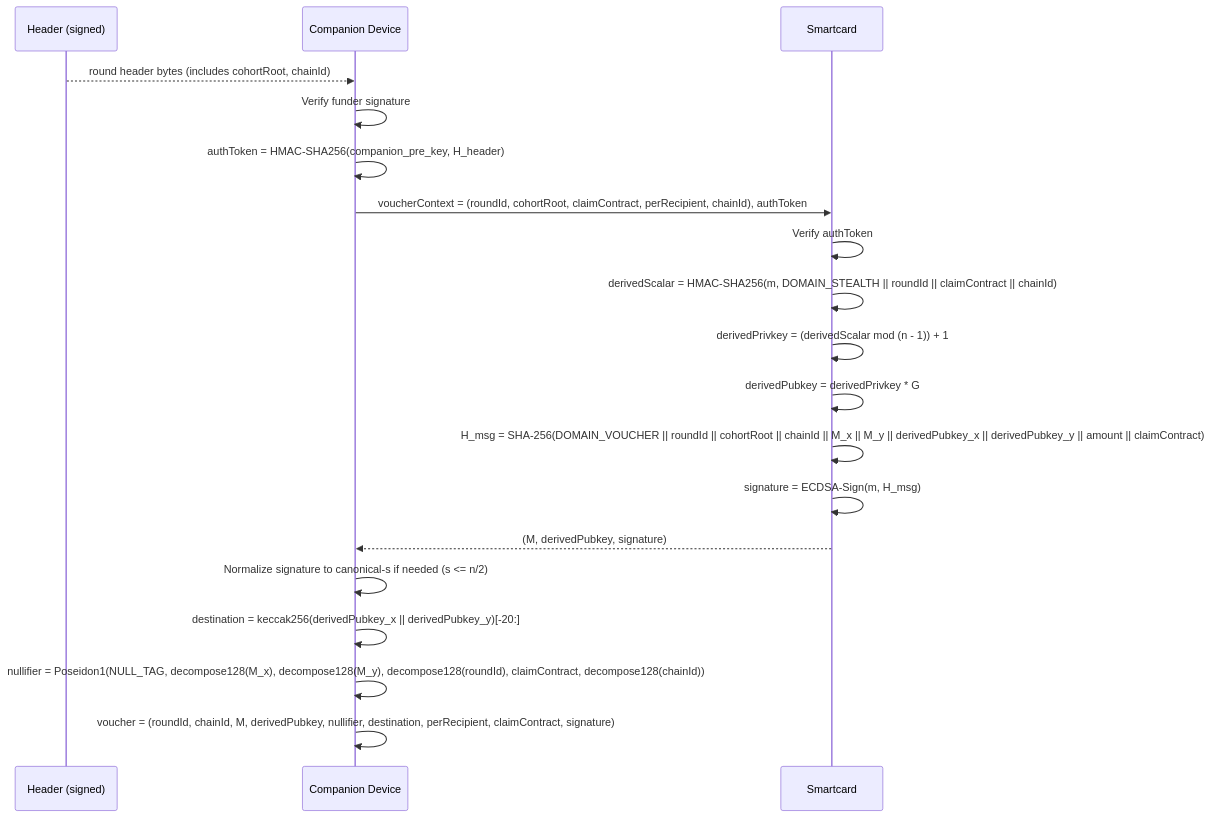
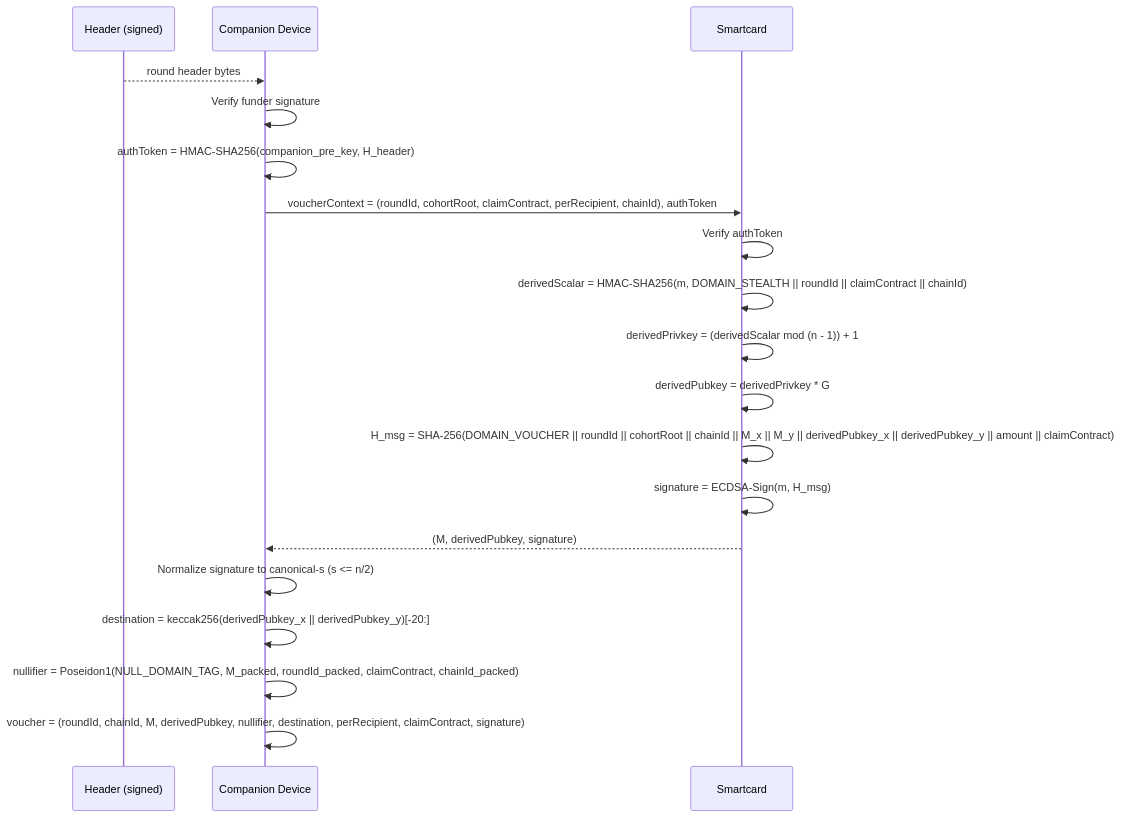
The third of 4 diagrams in pocs/private-payment/resilient-disbursement-rails/SPEC.md (ethereum/iptf-pocs), drawn with Mermaid before and after one commit. The commit also changed other lines of this file, not shown here.

````diff
--- a/pocs/private-payment/resilient-disbursement-rails/SPEC.md
+++ b/pocs/private-payment/resilient-disbursement-rails/SPEC.md
@@ -128,22 +150,22 @@
 ```mermaid
 sequenceDiagram
     participant H as Header (signed)
     participant CD as Companion Device
     participant SC as Smartcard
 
-    H-->>CD: round header bytes (includes cohortRoot, chainId)
+    H-->>CD: round header bytes
     CD->>CD: Verify funder signature
     CD->>CD: authToken = HMAC-SHA256(companion_pre_key, H_header)
     CD->>SC: voucherContext = (roundId, cohortRoot, claimContract, perRecipient, chainId), authToken
     SC->>SC: Verify authToken
     SC->>SC: derivedScalar = HMAC-SHA256(m, DOMAIN_STEALTH || roundId || claimContract || chainId)
     SC->>SC: derivedPrivkey = (derivedScalar mod (n - 1)) + 1
     SC->>SC: derivedPubkey = derivedPrivkey * G
     SC->>SC: H_msg = SHA-256(DOMAIN_VOUCHER || roundId || cohortRoot || chainId || M_x || M_y || derivedPubkey_x || derivedPubkey_y || amount || claimContract)
     SC->>SC: signature = ECDSA-Sign(m, H_msg)
     SC-->>CD: (M, derivedPubkey, signature)
-    CD->>CD: Normalize signature to canonical-s if needed (s <= n/2)
+    CD->>CD: Normalize signature to canonical-s (s <= n/2)
     CD->>CD: destination = keccak256(derivedPubkey_x || derivedPubkey_y)[-20:]
-    CD->>CD: nullifier = Poseidon1(NULL_TAG, decompose128(M_x), decompose128(M_y), decompose128(roundId), claimContract, decompose128(chainId))
+    CD->>CD: nullifier = Poseidon1(NULL_DOMAIN_TAG, M_packed, roundId_packed, claimContract, chainId_packed)
     CD->>CD: voucher = (roundId, chainId, M, derivedPubkey, nullifier, destination, perRecipient, claimContract, signature)
 ```
````
